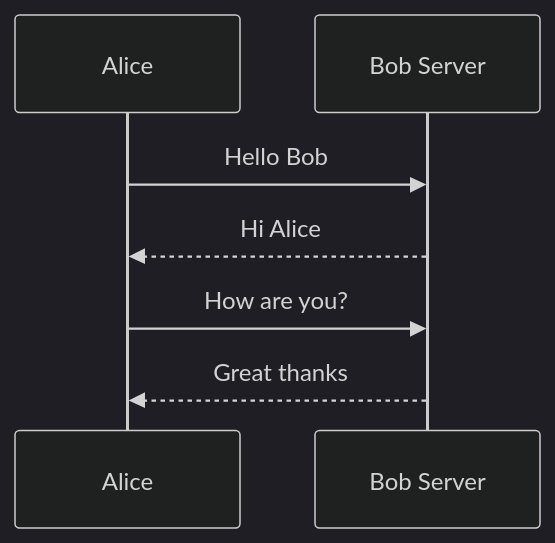
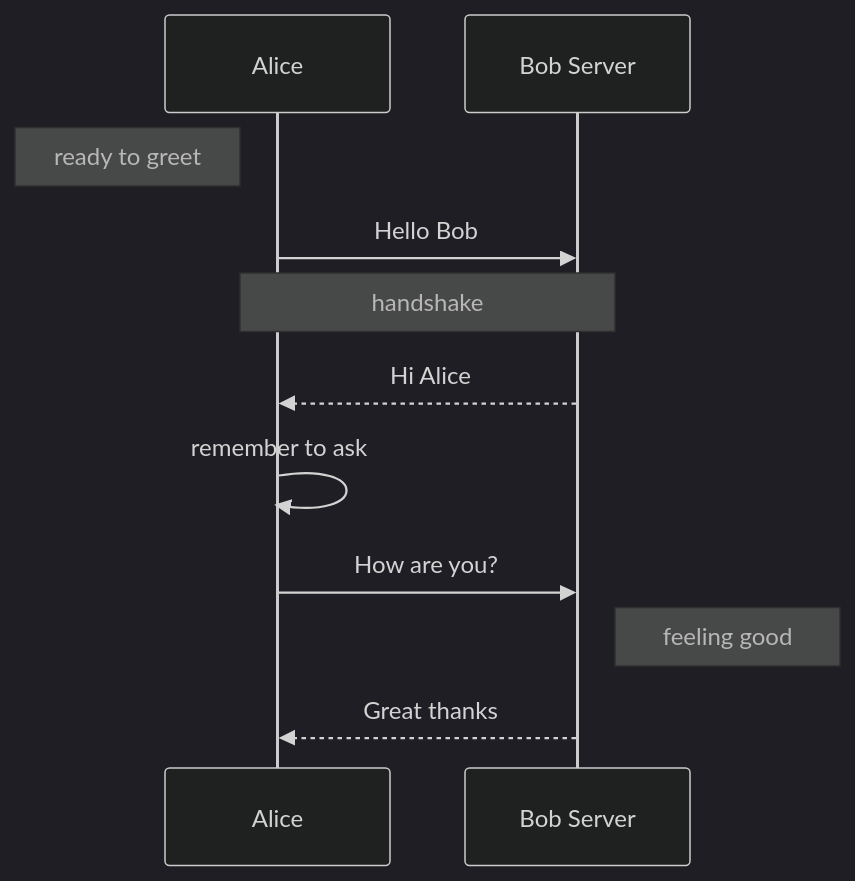
Before and after one commit to yingkitw/diagram: the diagram in examples/sequence.mmd, drawn with Mermaid (dark theme). The commit also changed 13 other files, not shown here.

First line of the commit message:
Enhance diagram tool with sequence and class diagram improvements

```diff
--- a/examples/sequence.mmd
+++ b/examples/sequence.mmd
@@ -1,7 +1,11 @@
 sequenceDiagram
     participant Alice
     participant Bob as Bob Server
+    Note left of Alice: ready to greet
     Alice->>Bob: Hello Bob
+    Note over Alice,Bob: handshake
     Bob-->>Alice: Hi Alice
+    Alice->>Alice: remember to ask
     Alice->>Bob: How are you?
+    Note right of Bob: feeling good
     Bob-->>Alice: Great thanks
```
